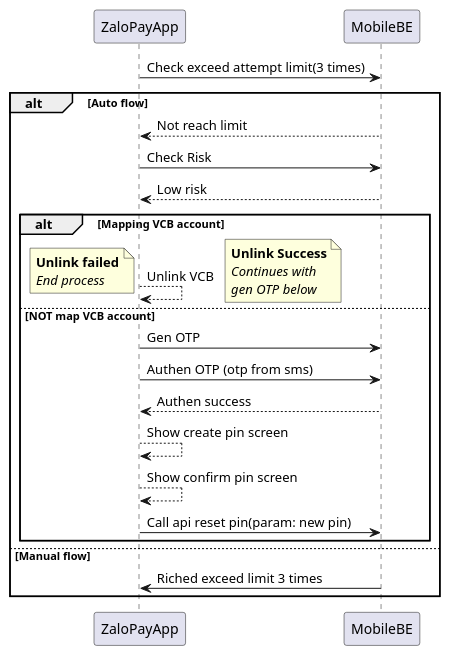
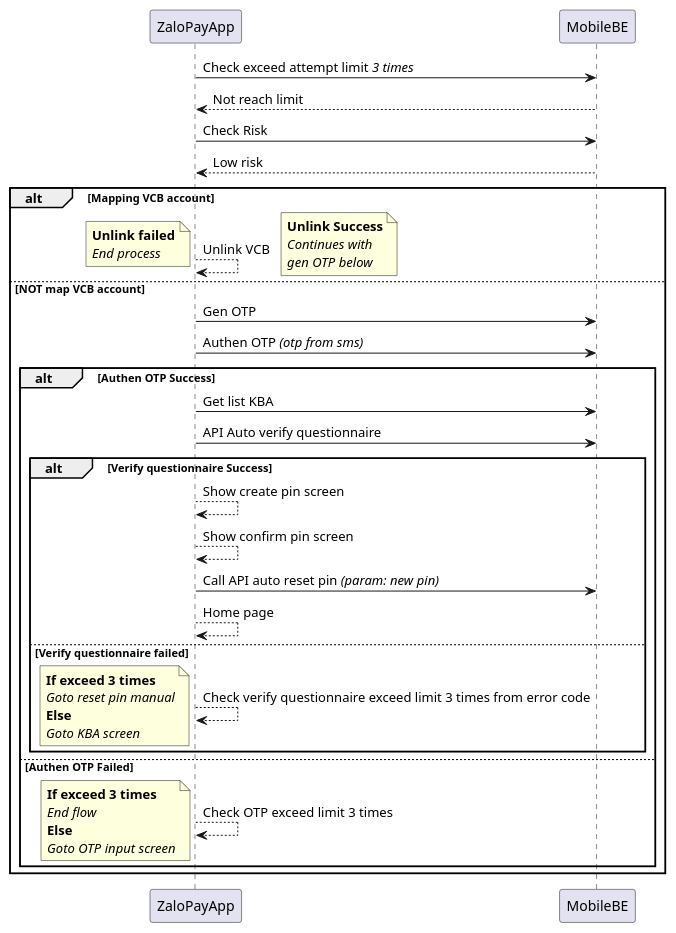
One commit to nhatlee/MyDiagram changed the diagram in AutoResetPin.puml. Above: the diagram before and after it, drawn with PlantUML.

Commit message:
Updated diagram

```diff
--- a/AutoResetPin.puml
+++ b/AutoResetPin.puml
@@ -1,38 +1,64 @@
 @startuml
-ZaloPayApp -> MobileBE: Check exceed attempt limit(3 times)
+ZaloPayApp -> MobileBE: Check exceed attempt limit //3 times//
 ' - Auto Flow
-alt Auto flow
+
 MobileBE --> ZaloPayApp: Not reach limit
 ZaloPayApp -> MobileBE: Check Risk
 MobileBE --> ZaloPayApp: Low risk
 ' - Link VCB
 alt Mapping VCB account
 
 ZaloPayApp --> ZaloPayApp: Unlink VCB
 note left
 **Unlink failed**
 //End process//
 end note
 
 note right
 **Unlink Success**
 //Continues with// 
 //gen OTP below//
 end note
 
 else NOT map VCB account
 ZaloPayApp -> MobileBE: Gen OTP
-ZaloPayApp -> MobileBE: Authen OTP (otp from sms)
-MobileBE --> ZaloPayApp: Authen success
+ZaloPayApp -> MobileBE: Authen OTP //(otp from sms)//
+alt Authen OTP Success
+ZaloPayApp -> MobileBE: Get list KBA
+
+ZaloPayApp -> MobileBE: API Auto verify questionnaire
+
+alt Verify questionnaire Success
 
 ZaloPayApp --> ZaloPayApp: Show create pin screen
 
 ZaloPayApp --> ZaloPayApp: Show confirm pin screen
 
-ZaloPayApp -> MobileBE: Call api reset pin(param: new pin)
+ZaloPayApp -> MobileBE: Call API auto reset pin //(param: new pin)//
+ZaloPayApp --> ZaloPayApp: Home page
+
+else Verify questionnaire failed
+ZaloPayApp --> ZaloPayApp: Check verify questionnaire exceed limit 3 times from error code
+note left
+**If exceed 3 times**
+//Goto reset pin manual//
+**Else**
+//Goto KBA screen//
+end note
 
 end
-else Manual flow
-MobileBE -> ZaloPayApp: Riched exceed limit 3 times
+
+else Authen OTP Failed
+ZaloPayApp --> ZaloPayApp: Check OTP exceed limit 3 times
+note left
+**If exceed 3 times**
+//End flow//
+**Else**
+//Goto OTP input screen//
+end note
+end
+
+' else Manual flow
+' MobileBE -> ZaloPayApp: Riched exceed limit //3 times//
 end
 @enduml
```
